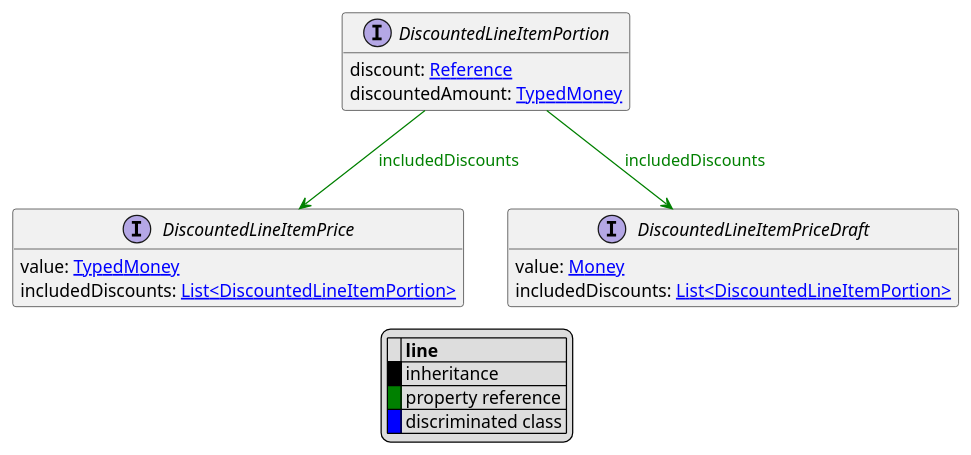
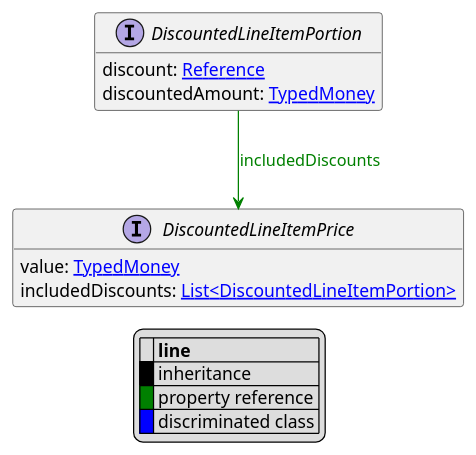
One commit to commercetools/commercetools-api-reference changed the diagram in uml/api/DiscountedLineItemPortion.puml. Above: the diagram before and after it, drawn with PlantUML. The commit also changed 12 other files, not shown here.

```diff
--- a/uml/api/DiscountedLineItemPortion.puml
+++ b/uml/api/DiscountedLineItemPortion.puml
@@ -1,29 +1,24 @@
 @startuml
 
 hide empty fields
 hide empty methods
 legend
 |= |= line |
 |<back:black>   </back>| inheritance |
 |<back:green>   </back>| property reference |
 |<back:blue>   </back>| discriminated class |
 endlegend
 interface DiscountedLineItemPortion [[DiscountedLineItemPortion.svg]]  {
     discount: [[Reference.svg Reference]]
     discountedAmount: [[TypedMoney.svg TypedMoney]]
 }
 
 
 
 interface DiscountedLineItemPrice [[DiscountedLineItemPrice.svg]]  {
     value: [[TypedMoney.svg TypedMoney]]
     includedDiscounts: [[DiscountedLineItemPortion.svg List<DiscountedLineItemPortion>]]
 }
-interface DiscountedLineItemPriceDraft [[DiscountedLineItemPriceDraft.svg]]  {
-    value: [[Money.svg Money]]
-    includedDiscounts: [[DiscountedLineItemPortion.svg List<DiscountedLineItemPortion>]]
-}
 
 DiscountedLineItemPortion --> DiscountedLineItemPrice #green;text:green : "includedDiscounts"
-DiscountedLineItemPortion --> DiscountedLineItemPriceDraft #green;text:green : "includedDiscounts"
 @enduml
```
